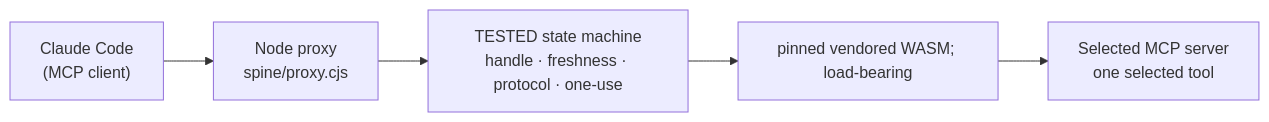
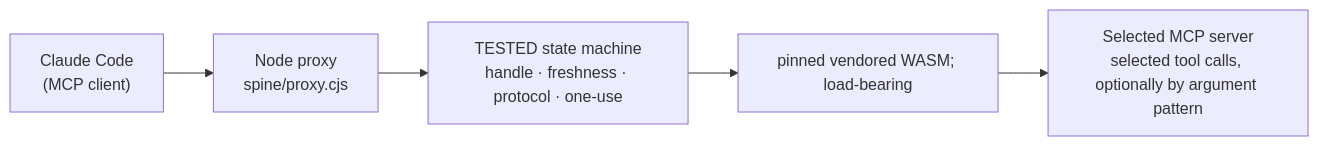
One commit to velvetmonkey/seal changed the first of 2 diagrams in docs/assurance/architecture.md. Above: the diagram before and after it, drawn with Mermaid. The commit also changed 2 other files, not shown here.

Commit message:
Correct four shipped sentences the product contradicts (#248)
* docs: correct four shipped sentences the product contradicts

F8: the architecture diagram said the server selects one tool; spine/tool-selection.cjs
supports prefix and suffix wildcards since 291fe2a7.
F2, F3, F4: corrected per the docsclaims findings, each with a code citation.

findings-checked 4, still-false 4, corrected 4, sentences-added 0, code-citations 8.

* docs: describe integrity failures for either inspected runtime

* docs: scope runtime fallback claim and recompute reviewed guide pin

---------

````diff
--- a/docs/assurance/architecture.md
+++ b/docs/assurance/architecture.md
@@ -9,13 +9,13 @@
 ```mermaid
 flowchart LR
     claude["Claude Code\n(MCP client)"]
     proxy["Node proxy\nspine/proxy.cjs"]
     state["TESTED state machine\nhandle · freshness · protocol · one-use"]
     wasm["pinned vendored WASM; load-bearing"]
-    server["Selected MCP server\none selected tool"]
+    server["Selected MCP server\nselected tool calls, optionally by argument pattern"]
 
     claude --> proxy
     proxy --> state
     state --> wasm
     wasm --> server
 ```
````
